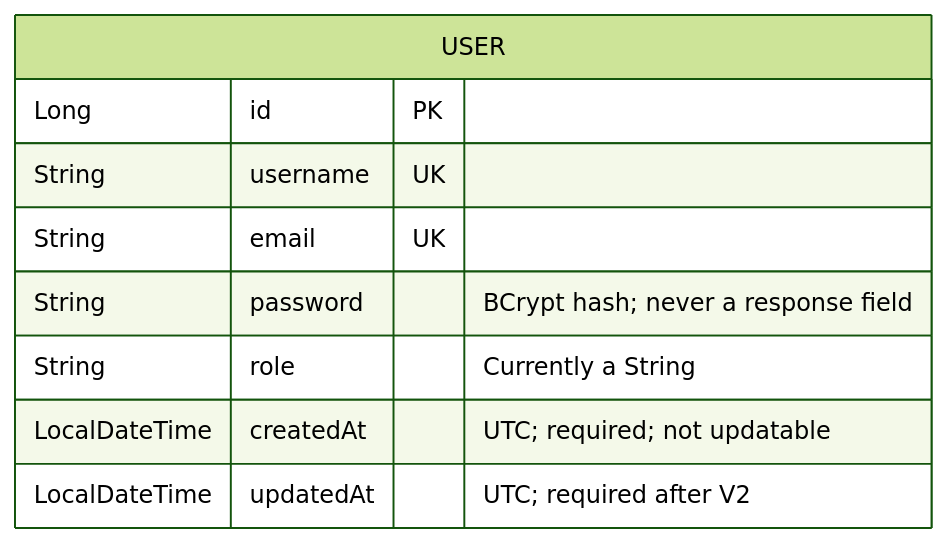
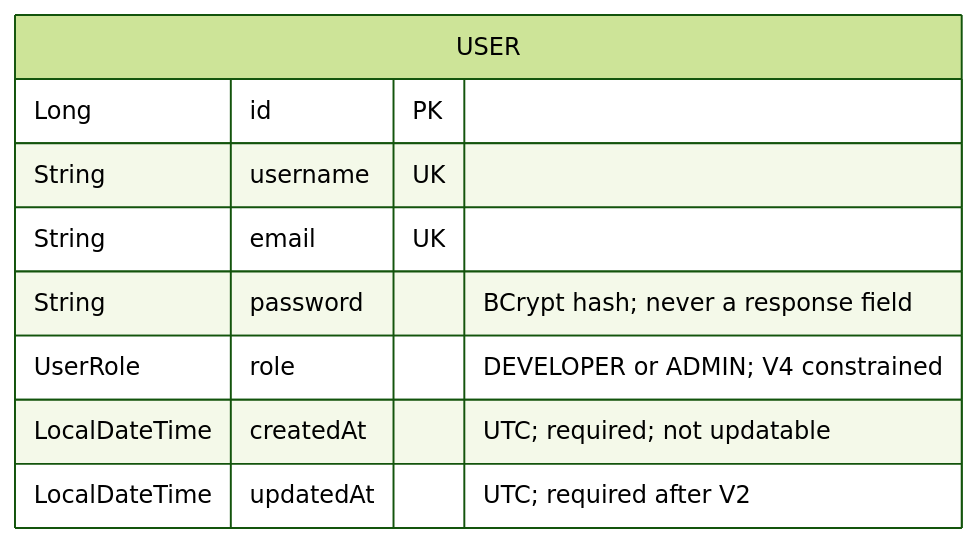
The first of 2 diagrams in docs/data-model.md (aasthashrimal/Secret-Shield), drawn with Mermaid (forest theme) before and after one commit. The commit also changed other lines of this file and 31 other files, not shown here.

````diff
--- a/docs/data-model.md
+++ b/docs/data-model.md
@@ -30,12 +30,12 @@
 ```mermaid
 erDiagram
     USER {
         Long id PK
         String username UK
         String email UK
         String password "BCrypt hash; never a response field"
-        String role "Currently a String"
+        UserRole role "DEVELOPER or ADMIN; V4 constrained"
         LocalDateTime createdAt "UTC; required; not updatable"
         LocalDateTime updatedAt "UTC; required after V2"
     }
 ```
````
